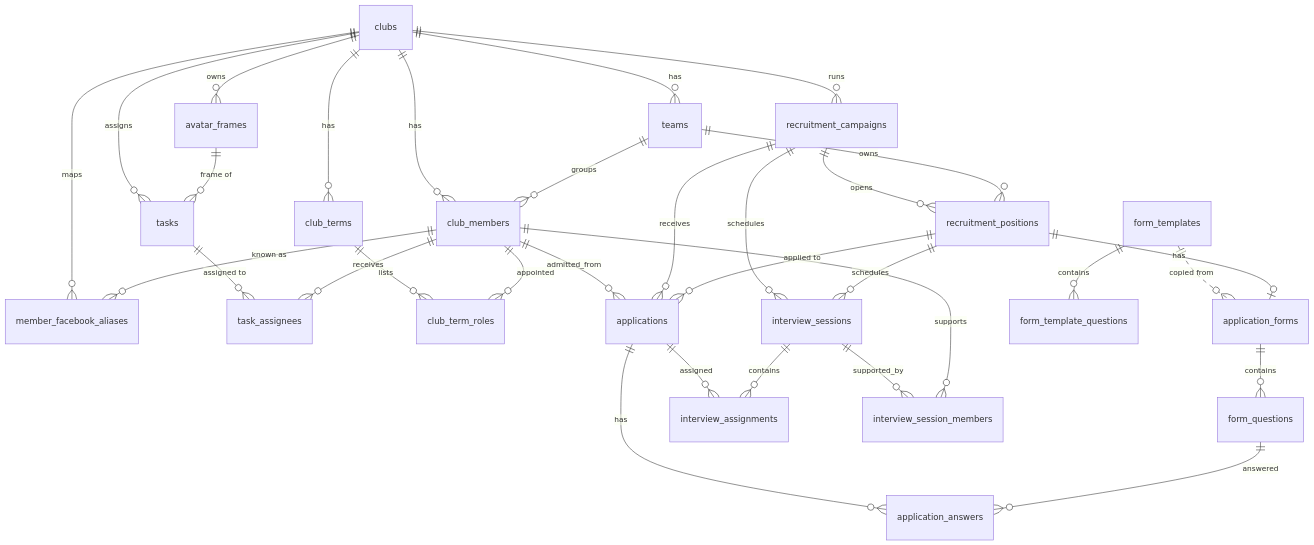
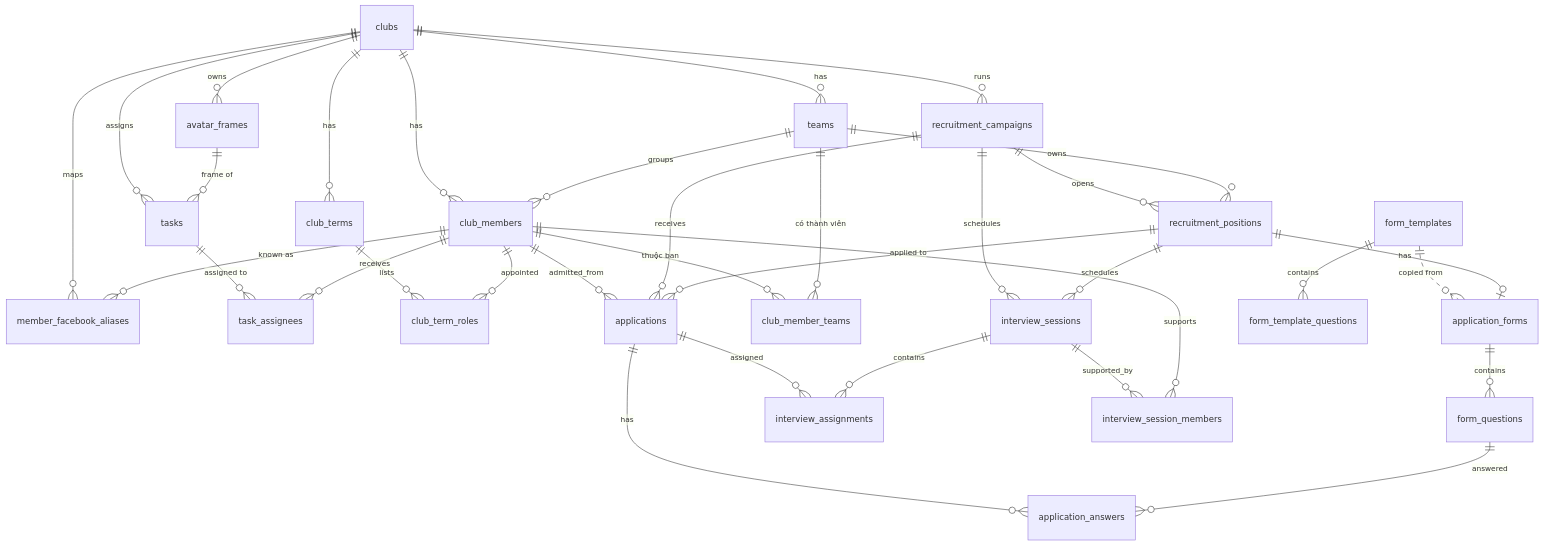
Before and after one commit to bitmis-max/bit-recruit: the diagram in docs/database.md, drawn with Mermaid. The commit also changed other lines of this file and 17 other files, not shown here.

First line of the commit message:
feat: a member can belong to several teams

````diff
--- a/docs/database.md
+++ b/docs/database.md
@@ -19,39 +19,41 @@
 ```mermaid
 erDiagram
     clubs ||--o{ club_members : has
     clubs ||--o{ teams : has
     clubs ||--o{ club_terms : has
     clubs ||--o{ tasks : assigns
     clubs ||--o{ avatar_frames : owns
     avatar_frames ||--o{ tasks : "frame of"
     clubs ||--o{ member_facebook_aliases : maps
     club_members ||--o{ member_facebook_aliases : "known as"
     tasks ||--o{ task_assignees : "assigned to"
     club_members ||--o{ task_assignees : receives
     club_terms ||--o{ club_term_roles : lists
     club_members ||--o{ club_term_roles : appointed
     club_members ||--o{ applications : admitted_from
     teams ||--o{ club_members : groups
+    club_members ||--o{ club_member_teams : "thuộc ban"
+    teams ||--o{ club_member_teams : "có thành viên"
     clubs ||--o{ recruitment_campaigns : runs
 
     recruitment_campaigns ||--o{ recruitment_positions : opens
     recruitment_campaigns ||--o{ applications : receives
     recruitment_campaigns ||--o{ interview_sessions : schedules
 
     teams ||--o{ recruitment_positions : owns
     recruitment_positions ||--o{ interview_sessions : schedules
 
     application_forms ||--o{ form_questions : contains
     form_templates ||--o{ form_template_questions : contains
     form_templates ||..o{ application_forms : "copied from"
     recruitment_positions ||--o| application_forms : has
 
     recruitment_positions ||--o{ applications : "applied to"
     applications ||--o{ application_answers : has
     form_questions ||--o{ application_answers : answered
 
     applications ||--o{ interview_assignments : assigned
     interview_sessions ||--o{ interview_assignments : contains
     interview_sessions ||--o{ interview_session_members : supported_by
     club_members ||--o{ interview_session_members : supports
 ```
````
